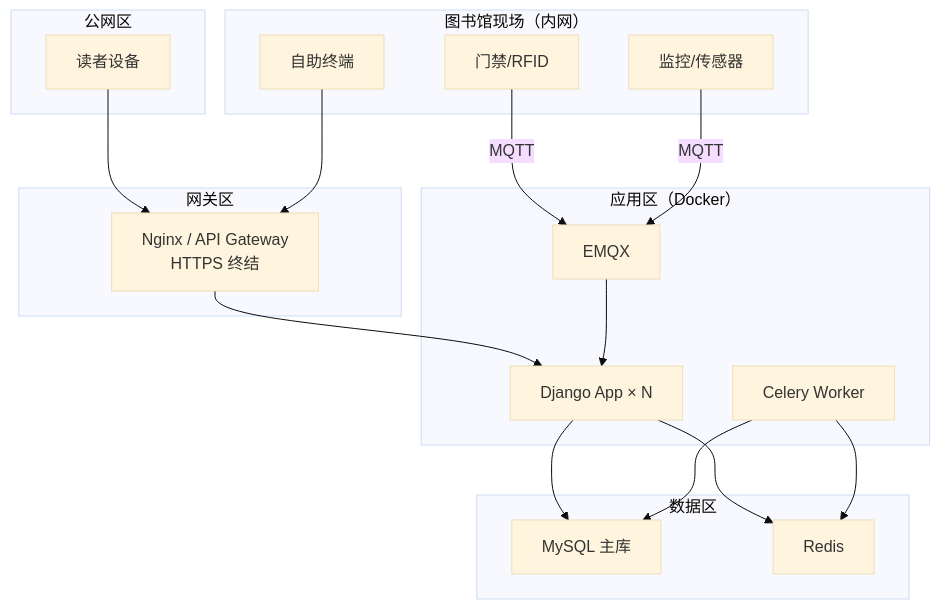
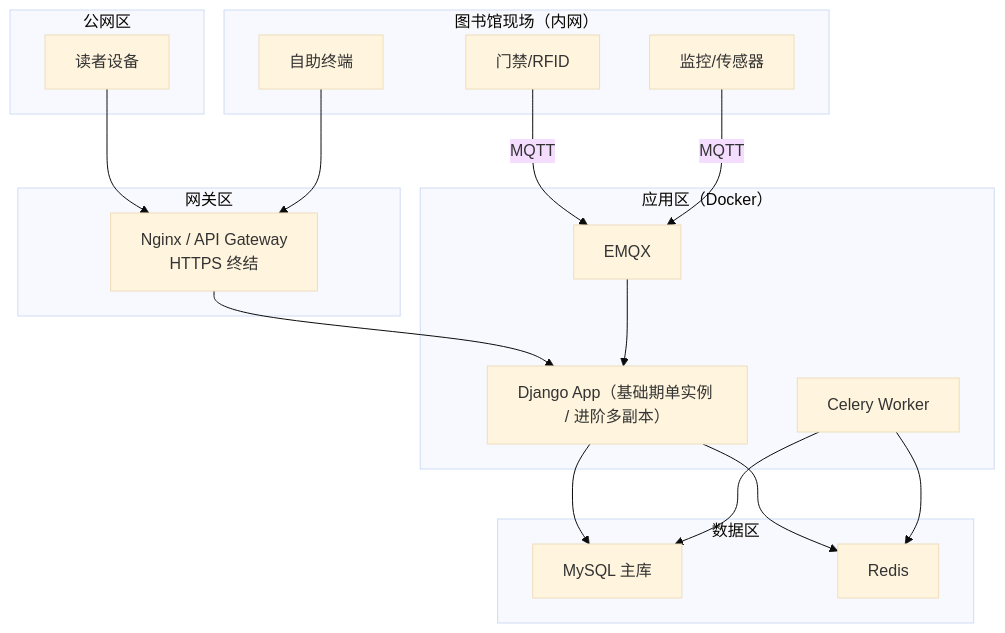
Before and after one commit to beadeepr/Self-service-Library-Management-System: the third of 9 diagrams in 无人值守图书馆管理系统 —架构设计.md, drawn with Mermaid (base theme). The commit also changed other lines of this file and 1 other file, not shown here.

````diff
--- a/无人值守图书馆管理系统 —架构设计.md
+++ b/无人值守图书馆管理系统 —架构设计.md
@@ -335,35 +343,35 @@
 ```mermaid
 flowchart TB
     subgraph Internet["公网区"]
         User["读者设备"]
     end
 
     subgraph DMZ["网关区"]
         GW["Nginx / API Gateway<br/>HTTPS 终结"]
     end
 
     subgraph AppZone["应用区（Docker）"]
-        APP1["Django App × N"]
+        APP1["Django App（基础期单实例 / 进阶多副本）"]
         CEL["Celery Worker"]
         EMQX["EMQX"]
     end
 
     subgraph DataZone["数据区"]
         DB["MySQL 主库"]
         CACHE["Redis"]
     end
 
     subgraph Library["图书馆现场（内网）"]
         KIOSK["自助终端"]
         DOOR["门禁/RFID"]
         CAM["监控/传感器"]
     end
 
     User --> GW
     GW --> APP1
     APP1 --> DB & CACHE
     CEL --> DB & CACHE
     KIOSK --> GW
     DOOR & CAM -->|MQTT| EMQX
     EMQX --> APP1
 ```
````
